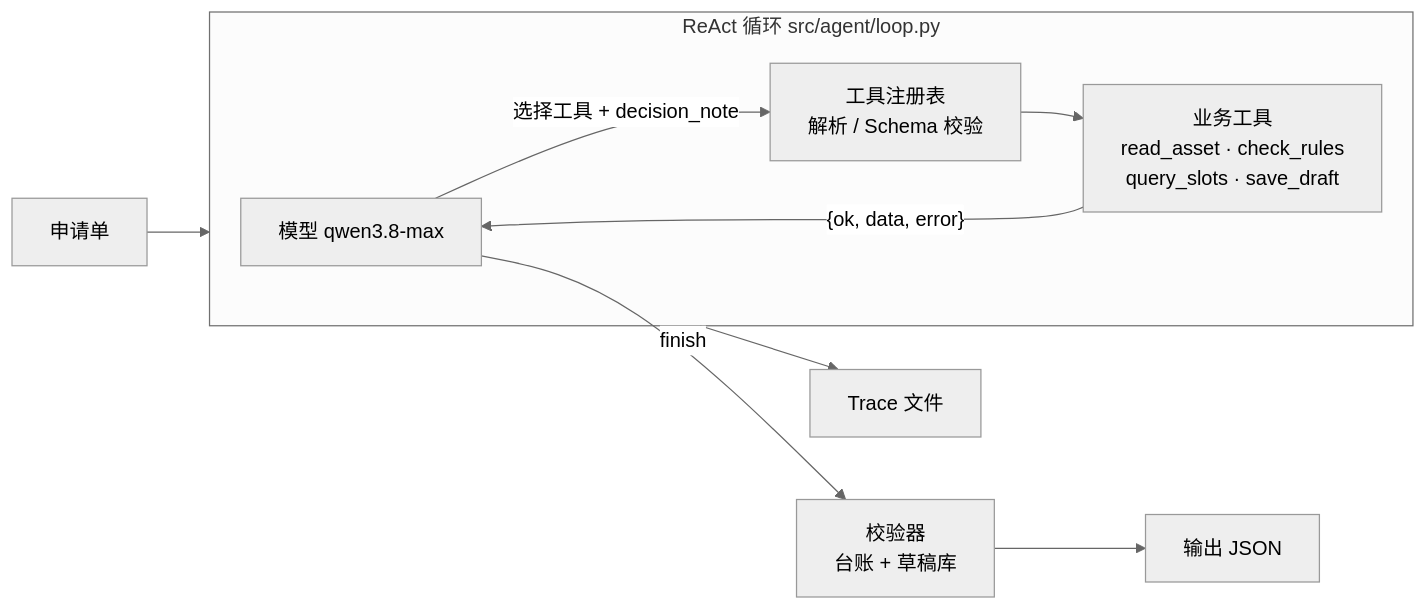
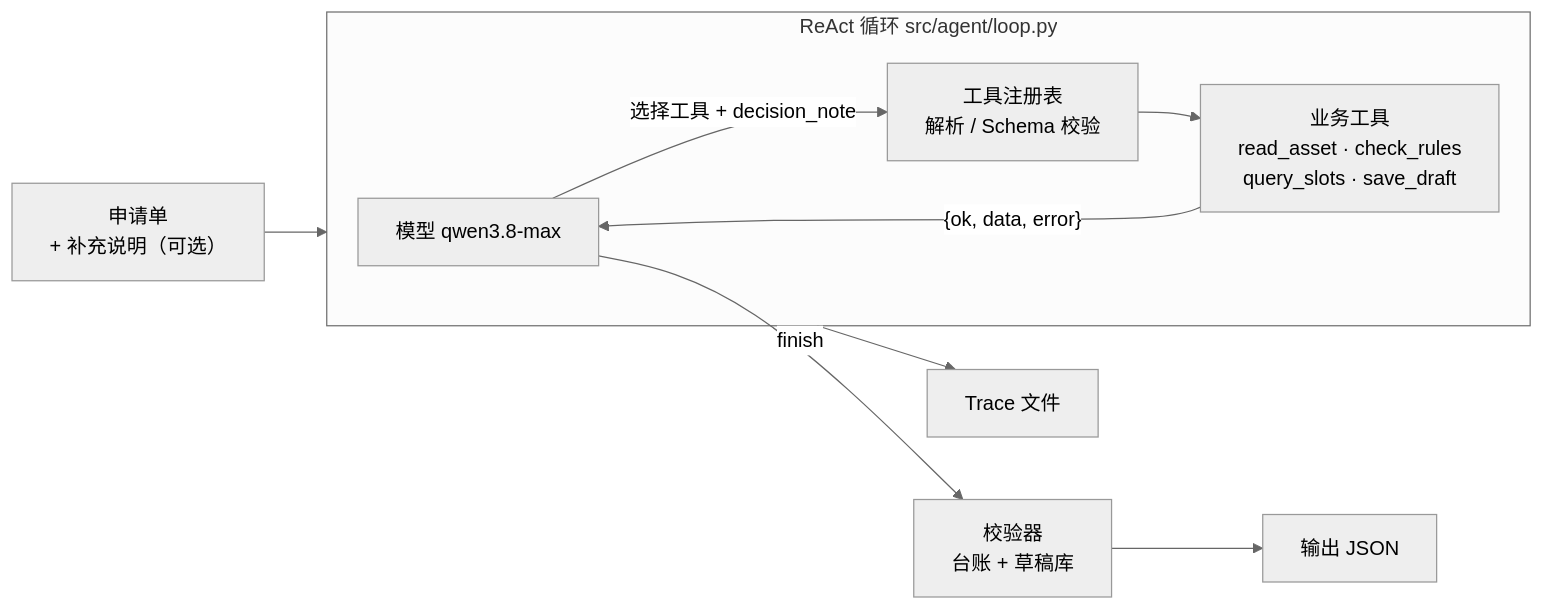
Before and after one commit to lucifer-holly/xiaoying-agent-campus: the diagram in q1-asset-scheduling/docs/02-solution.md, drawn with Mermaid (neutral theme). The commit also changed other lines of this file and 5 other files, not shown here.

````diff
--- a/q1-asset-scheduling/docs/02-solution.md
+++ b/q1-asset-scheduling/docs/02-solution.md
@@ -7,12 +7,12 @@
 ```mermaid
 flowchart LR
-    A[申请单] --> L
+    A[申请单<br/>+ 补充说明（可选）] --> L
     subgraph L[ReAct 循环 src/agent/loop.py]
         M[模型 qwen3.8-max] -- 选择工具 + decision_note --> R[工具注册表<br/>解析 / Schema 校验]
         R --> T[业务工具<br/>read_asset · check_rules<br/>query_slots · save_draft]
         T -- "{ok, data, error}" --> M
     end
     M -- finish --> V[校验器<br/>台账 + 草稿库]
     V --> O[输出 JSON]
     L --> TR[Trace 文件]
 ```
````
